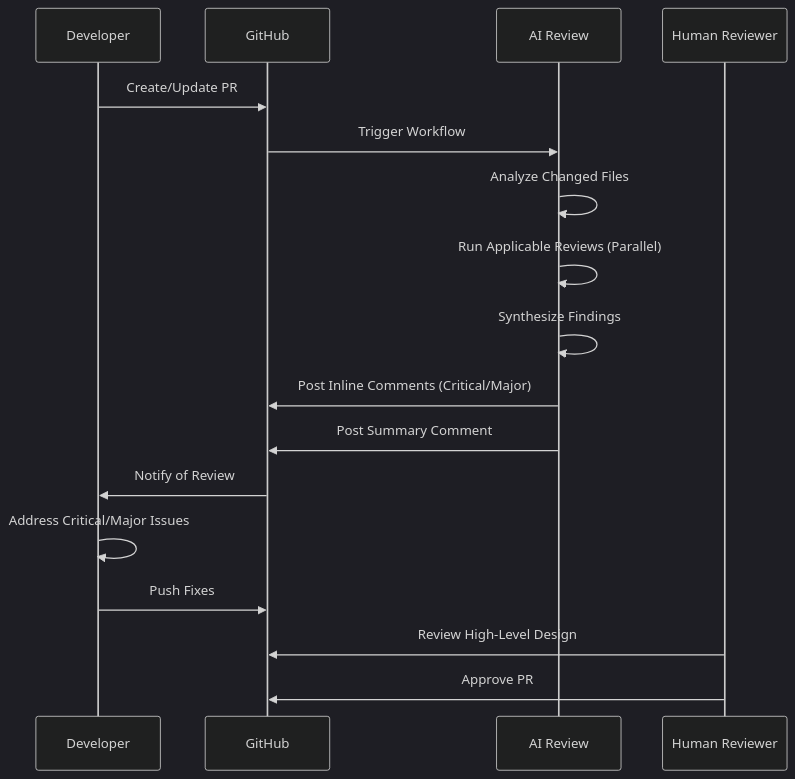
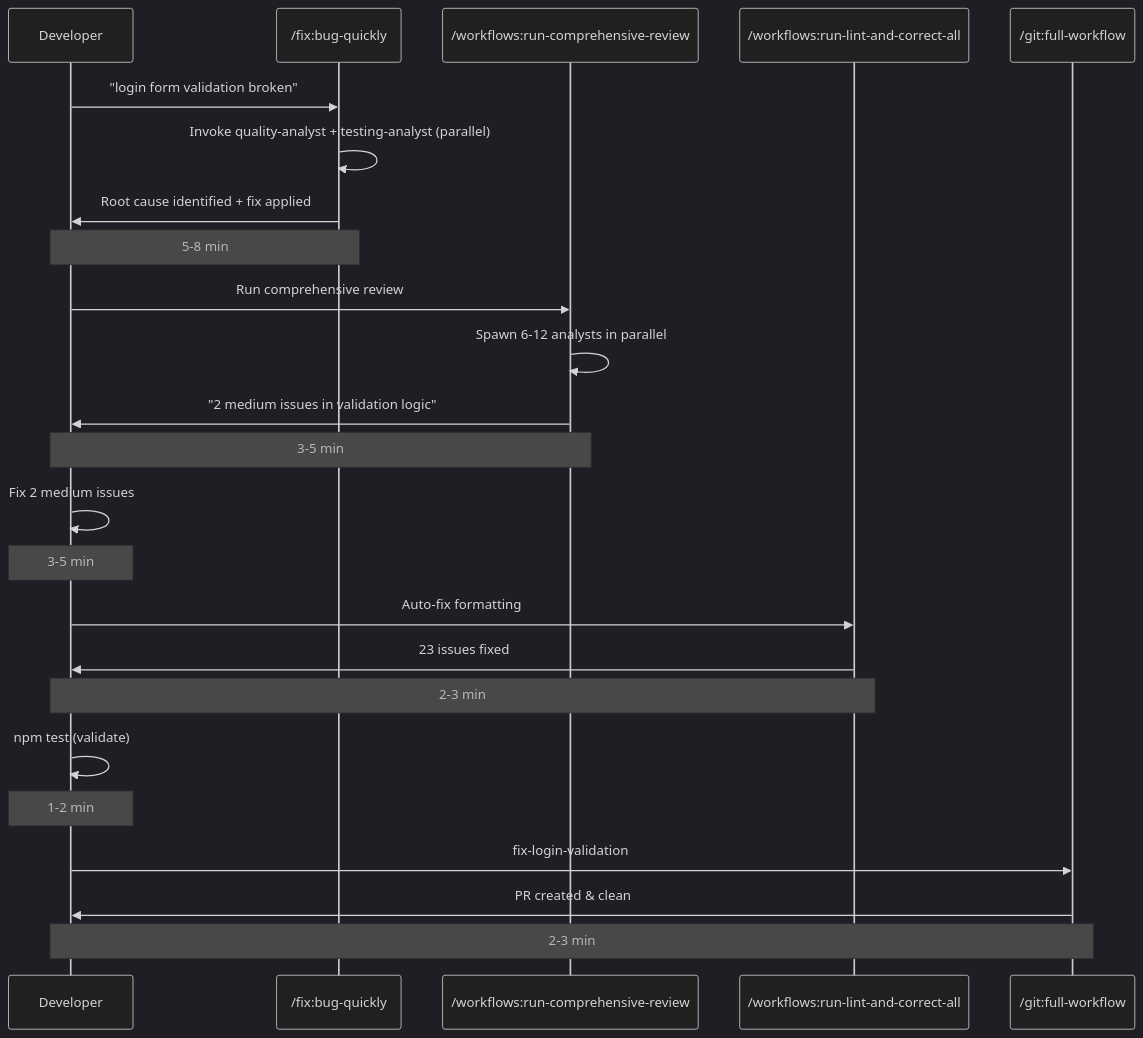
The second of 8 diagrams in docs/typical-workflows.md (thomasholknielsen/claude-code-config), drawn with Mermaid (dark theme) before and after one commit. The commit also changed other lines of this file and 123 other files, not shown here.

````diff
--- a/docs/typical-workflows.md
+++ b/docs/typical-workflows.md
@@ -67,20 +123,32 @@
 ```mermaid
 sequenceDiagram
     participant Dev as Developer
-    participant GH as GitHub
-    participant AI as AI Review
-    participant Human as Human Reviewer
+    participant Fix as /fix:bug-quickly
+    participant Review as /workflows:run-comprehensive-review
+    participant Lint as /workflows:run-lint-and-correct-all
+    participant Git as /git:full-workflow
 
-    Dev->>GH: Create/Update PR
-    GH->>AI: Trigger Workflow
-    AI->>AI: Analyze Changed Files
-    AI->>AI: Run Applicable Reviews (Parallel)
-    AI->>AI: Synthesize Findings
-    AI->>GH: Post Inline Comments (Critical/Major)
-    AI->>GH: Post Summary Comment
-    GH->>Dev: Notify of Review
-    Dev->>Dev: Address Critical/Major Issues
-    Dev->>GH: Push Fixes
-    Human->>GH: Review High-Level Design
-    Human->>GH: Approve PR
+    Dev->>Fix: "login form validation broken"
+    Fix->>Fix: Invoke quality-analyst + testing-analyst (parallel)
+    Fix->>Dev: Root cause identified + fix applied
+    Note over Dev,Fix: 5-8 min
+
+    Dev->>Review: Run comprehensive review
+    Review->>Review: Spawn 6-12 analysts in parallel
+    Review->>Dev: "2 medium issues in validation logic"
+    Note over Dev,Review: 3-5 min
+
+    Dev->>Dev: Fix 2 medium issues
+    Note over Dev: 3-5 min
+
+    Dev->>Lint: Auto-fix formatting
+    Lint->>Dev: 23 issues fixed
+    Note over Dev,Lint: 2-3 min
+
+    Dev->>Dev: npm test (validate)
+    Note over Dev: 1-2 min
+
+    Dev->>Git: fix-login-validation
+    Git->>Dev: PR created & clean
+    Note over Dev,Git: 2-3 min
 ```
````
